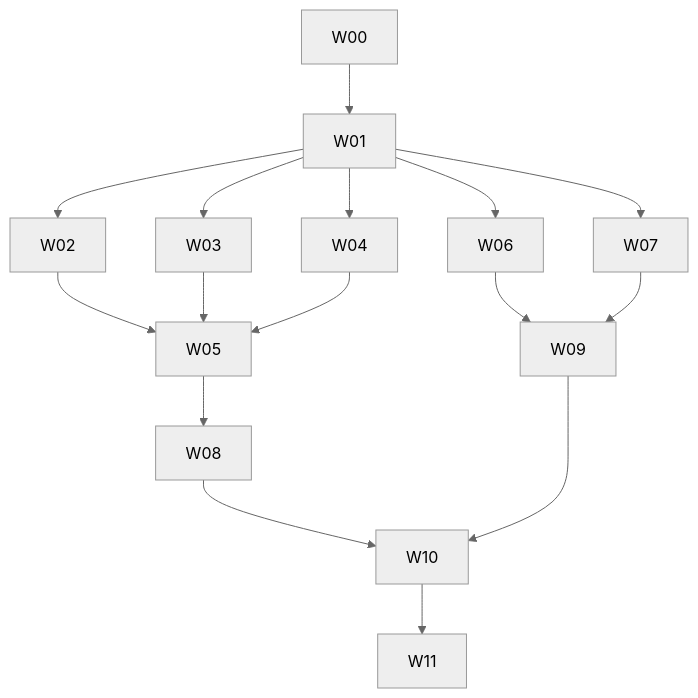
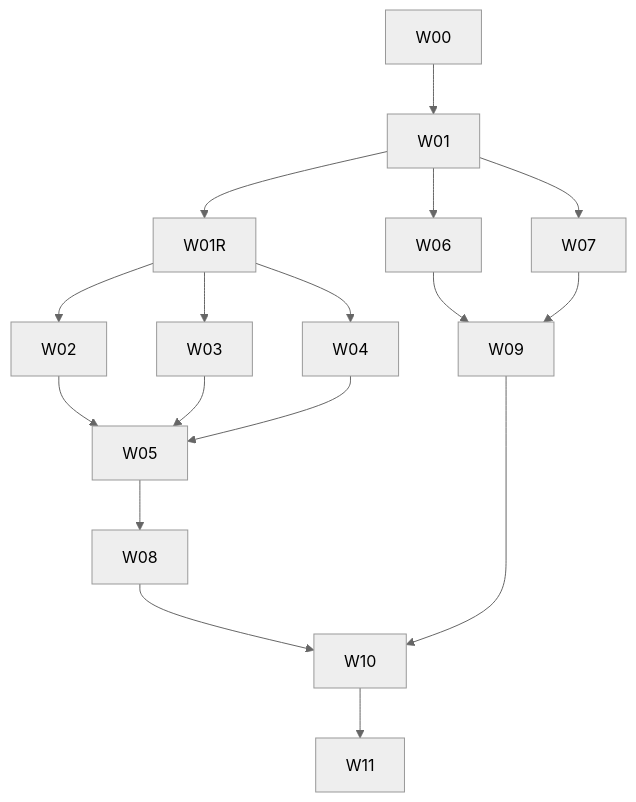
The diagram in plans/sdk-optimization/plan.md (jinyongp/openapi-sdkgen), drawn with Mermaid (neutral theme) before and after one commit. The commit also changed other lines of this file and 7 other files, not shown here.

First line of the commit message:
docs(plan): incorporate Graph baselines and correctness prerequisites

````diff
--- a/plans/sdk-optimization/plan.md
+++ b/plans/sdk-optimization/plan.md
@@ -122,18 +134,19 @@
 ```mermaid
 flowchart TD
   W00 --> W01
-  W01 --> W02
-  W01 --> W03
-  W01 --> W04
+  W01 --> W01R
+  W01R --> W02
+  W01R --> W03
+  W01R --> W04
   W02 --> W05
   W03 --> W05
   W04 --> W05
   W05 --> W08
   W01 --> W06
   W01 --> W07
   W06 --> W09
   W07 --> W09
   W08 --> W10
   W09 --> W10
   W10 --> W11
 ```
````
